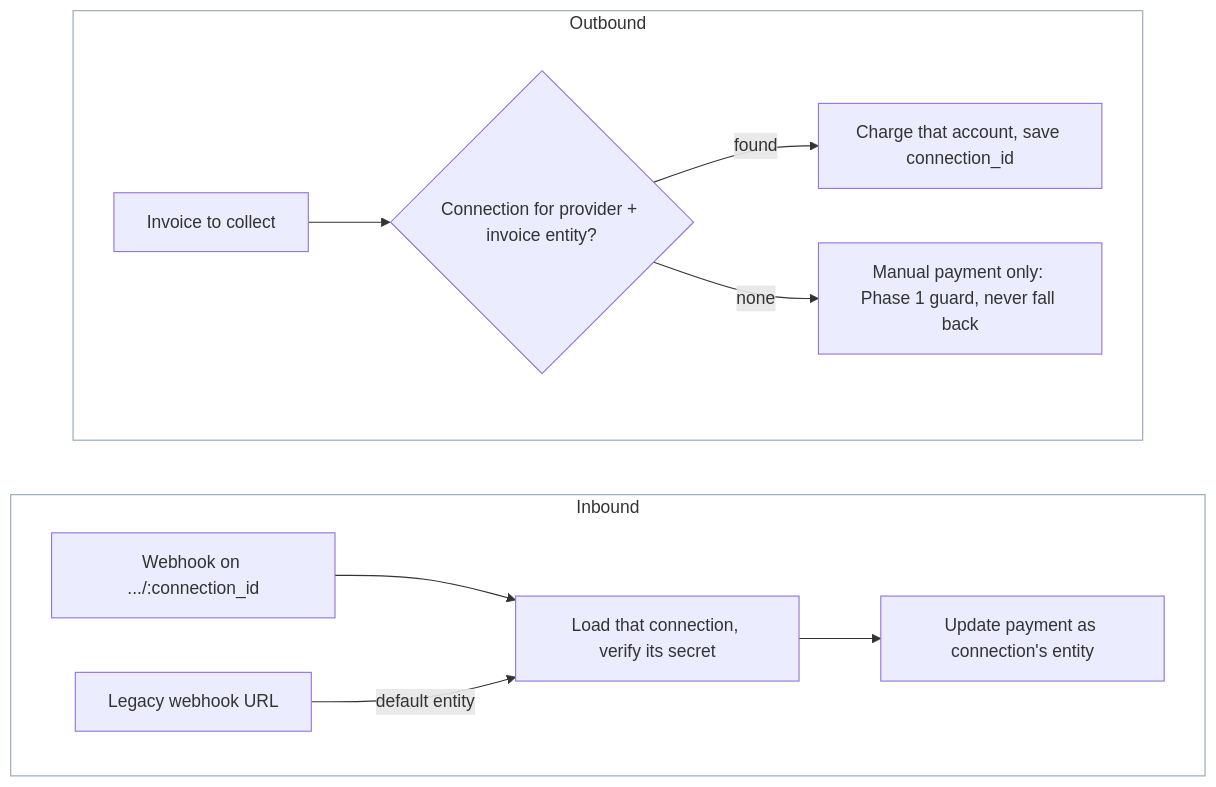
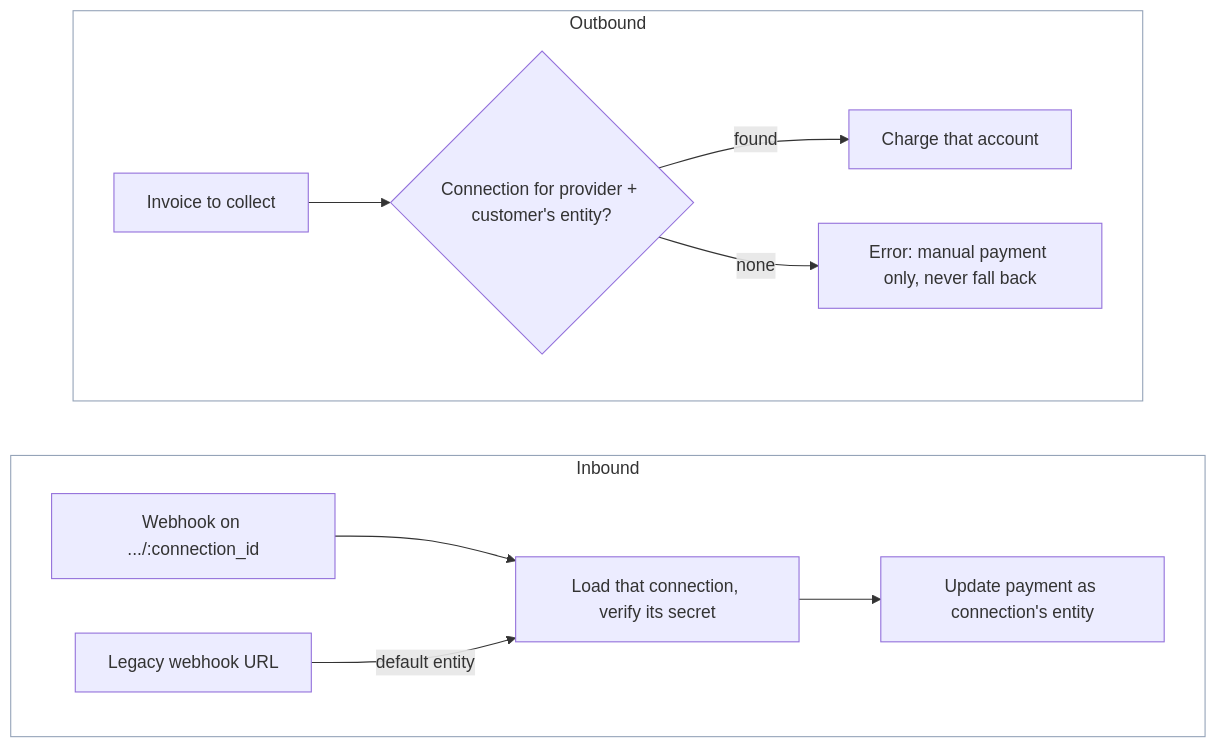
Before and after one commit to flexprice/flexprice: the fifth of 6 diagrams in docs/design/2026-10-21-multi-entity-billing-erd.md, drawn with Mermaid. The commit also changed other lines of this file, not shown here.

````diff
--- a/docs/design/2026-10-21-multi-entity-billing-erd.md
+++ b/docs/design/2026-10-21-multi-entity-billing-erd.md
@@ -395,17 +437,17 @@
 ```mermaid
 flowchart TB
   subgraph Outbound
     direction LR
-    I[Invoice to collect] --> F{Connection for provider + invoice entity?}
-    F -- found --> C[Charge that account, save connection_id]
-    F -- none --> G[Manual payment only: Phase 1 guard, never fall back]
+    I[Invoice to collect] --> F{Connection for provider + customer's entity?}
+    F -- found --> C[Charge that account]
+    F -- none --> G[Error: manual payment only, never fall back]
   end
   subgraph Inbound
     direction LR
     W[Webhook on .../:connection_id] --> L[Load that connection, verify its secret] --> U[Update payment as connection's entity]
     LW[Legacy webhook URL] -- default entity --> L
   end
   Outbound ~~~ Inbound
   style Outbound fill:none,stroke:#94a3b8
   style Inbound fill:none,stroke:#94a3b8
 ```
````
